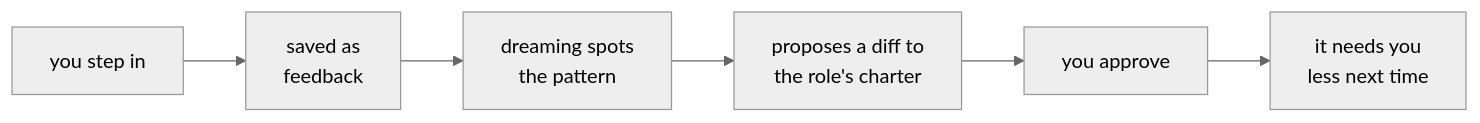
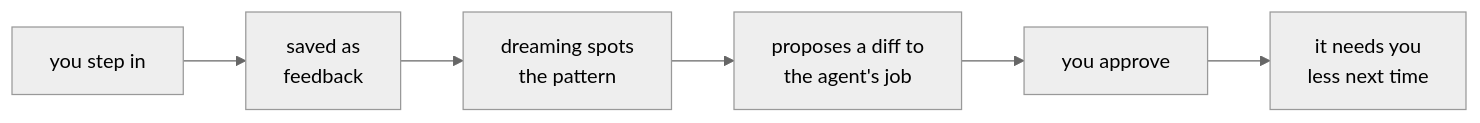
One commit to heyharmon/agent-os changed the diagram in OVERVIEW.md. Above: the diagram before and after it, drawn with Mermaid (neutral theme). The commit also changed other lines of this file and 11 other files, not shown here.

First line of the commit message:
Rename roles to agents; charters to jobs; machinery area to harness/

````diff
--- a/OVERVIEW.md
+++ b/OVERVIEW.md
@@ -38,4 +38,4 @@
 ```mermaid
 flowchart LR
-    a["you step in"] --> b["saved as<br/>feedback"] --> c["dreaming spots<br/>the pattern"] --> d["proposes a diff to<br/>the role's charter"] --> e["you approve"] --> f["it needs you<br/>less next time"]
+    a["you step in"] --> b["saved as<br/>feedback"] --> c["dreaming spots<br/>the pattern"] --> d["proposes a diff to<br/>the agent's job"] --> e["you approve"] --> f["it needs you<br/>less next time"]
 ```
````
